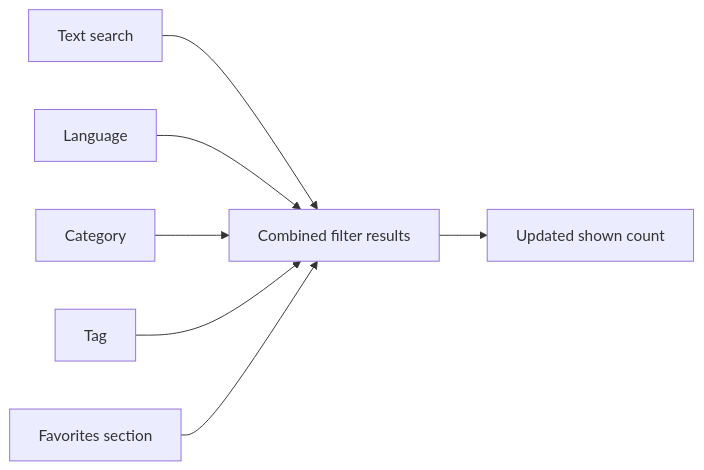
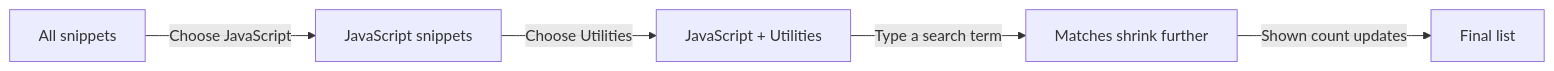
The first of 2 diagrams in api2-documentation/plan_2026-11-02_f8890e/user-facing-docs/search-and-filter.md (Mohita111/API2), drawn with Mermaid before and after one commit. The commit also changed other lines of this file and 11 other files, not shown here.

````diff
--- a/api2-documentation/plan_2026-11-02_f8890e/user-facing-docs/search-and-filter.md
+++ b/api2-documentation/plan_2026-11-02_f8890e/user-facing-docs/search-and-filter.md
@@ -39,9 +41,7 @@
 ```mermaid
 graph LR
-    A[Text search] --> F[Combined filter results]
-    B[Language] --> F
-    C[Category] --> F
-    D[Tag] --> F
-    E[Favorites section] --> F
-    F --> G[Updated shown count]
+    A[All snippets] -->|Choose JavaScript| B[JavaScript snippets]
+    B -->|Choose Utilities| C[JavaScript + Utilities]
+    C -->|Type a search term| D[Matches shrink further]
+    D -->|Shown count updates| E[Final list]
 ```
````
